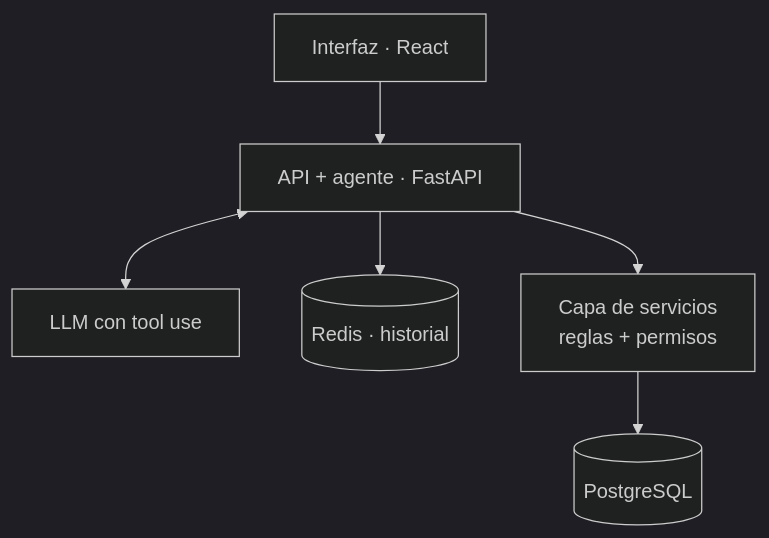
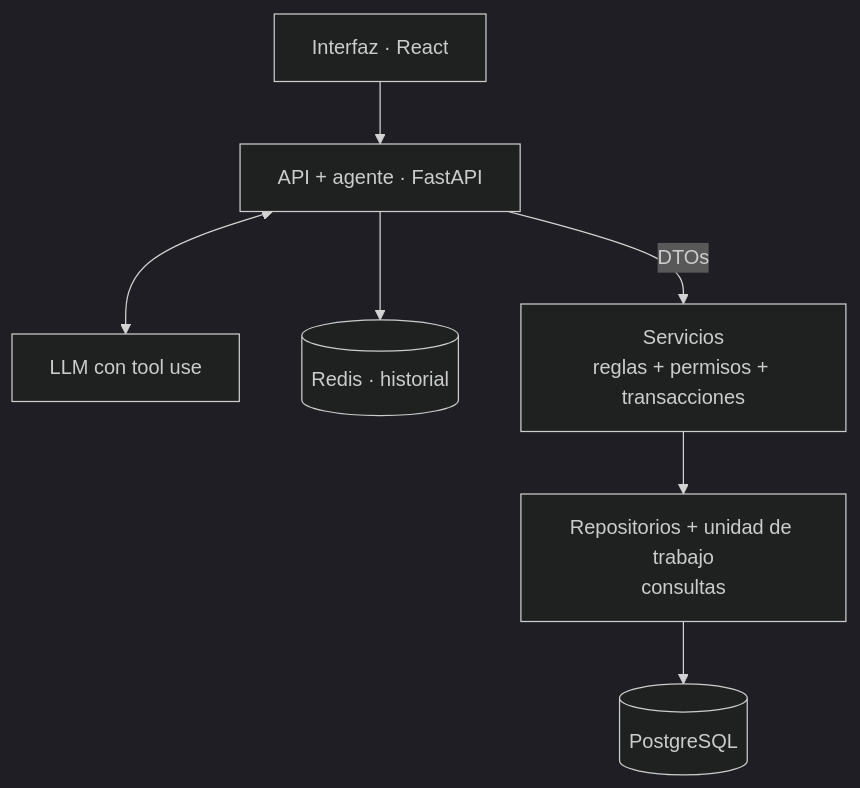
The diagram in README.md (DaaAarb/shopagent), drawn with Mermaid (dark theme) before and after one commit. The commit also changed other lines of this file and 1 other file, not shown here.

Commit message:
docs: add ADR for repository, unit of work and DTOs

````diff
--- a/README.md
+++ b/README.md
@@ -23,8 +23,9 @@
 ```mermaid
 flowchart TD
     UI[Interfaz · React] --> API[API + agente · FastAPI]
     API <--> LLM[LLM con tool use]
     API --> R[(Redis · historial)]
-    API --> S[Capa de servicios<br/>reglas + permisos]
-    S --> DB[(PostgreSQL)]
+    API -- DTOs --> S[Servicios<br/>reglas + permisos + transacciones]
+    S --> RP[Repositorios + unidad de trabajo<br/>consultas]
+    RP --> DB[(PostgreSQL)]
 ```
````
